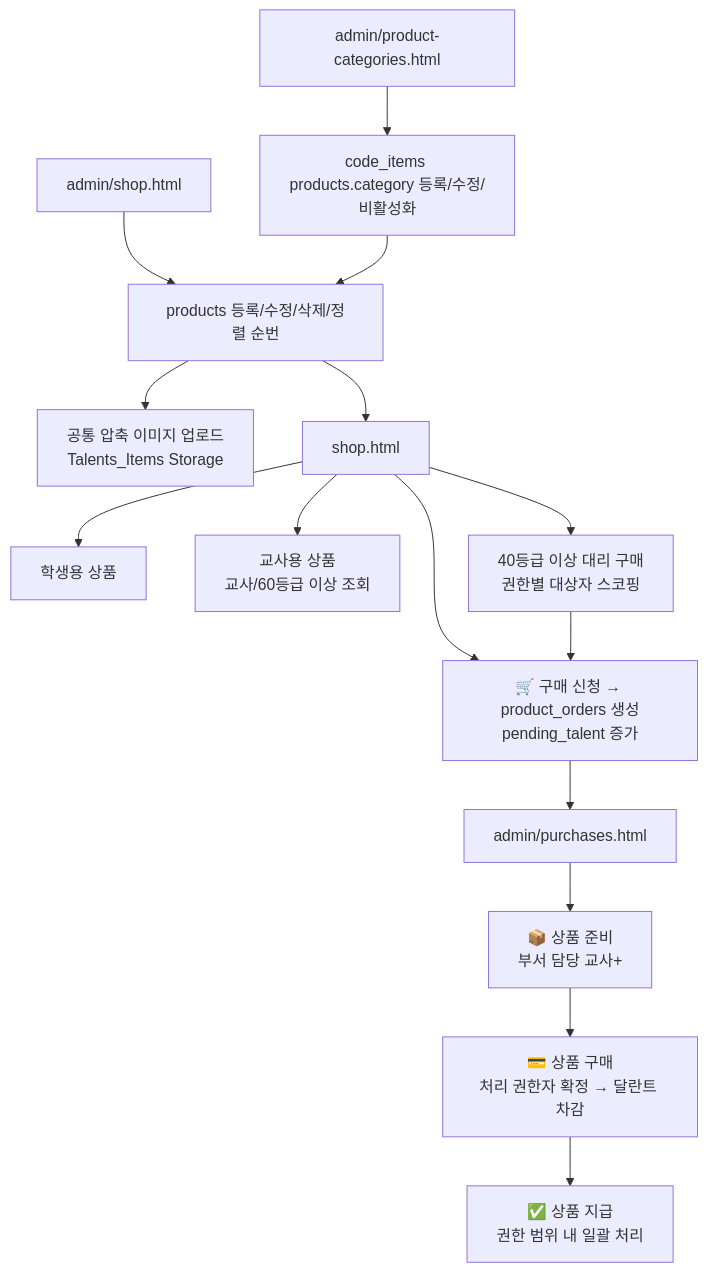
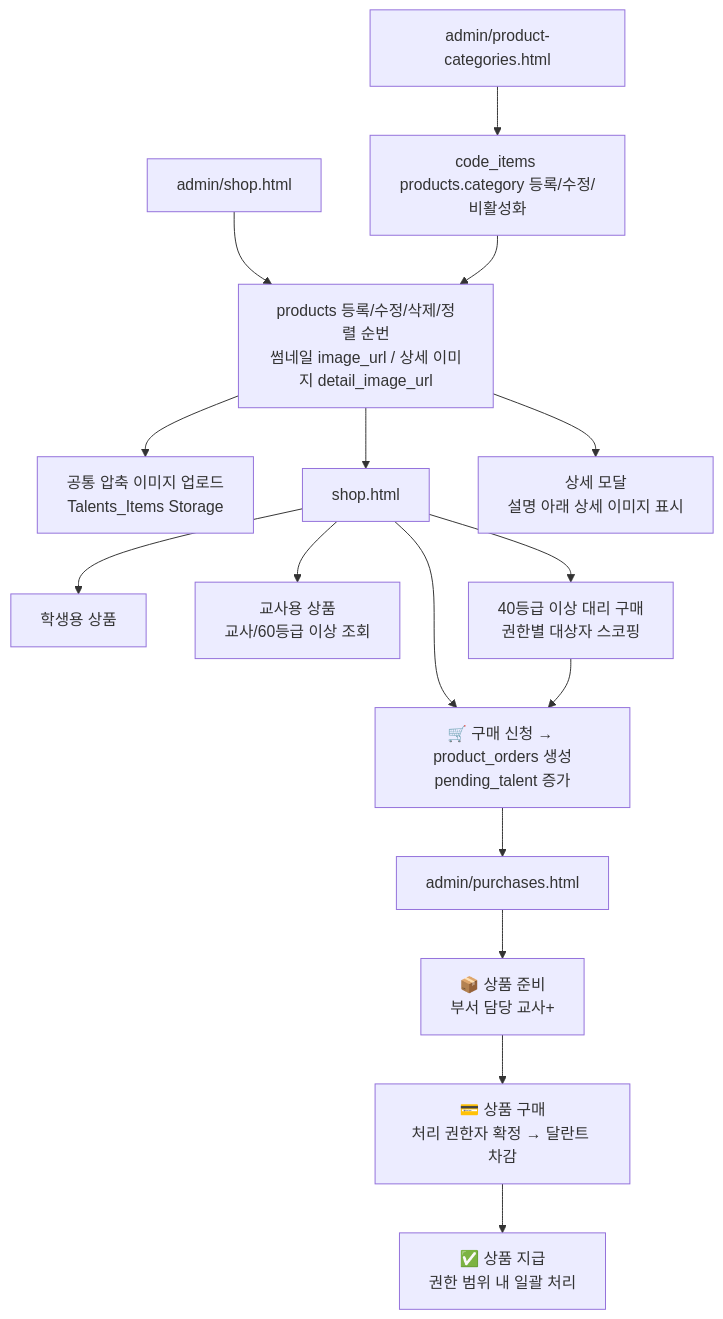
Before and after one commit to CHO-Talents-Test/CHO-Talents-Test: the sixth of 6 diagrams in README.md, drawn with Mermaid. The commit also changed other lines of this file and 32 other files, not shown here.

````diff
--- a/README.md
+++ b/README.md
@@ -730,17 +737,18 @@
 ```mermaid
 flowchart TD
-  AdminShop["admin/shop.html"] --> ProductCRUD["products 등록/수정/삭제/정렬 순번"]
+  AdminShop["admin/shop.html"] --> ProductCRUD["products 등록/수정/삭제/정렬 순번<br/>썸네일 image_url / 상세 이미지 detail_image_url"]
   ProductCategories["admin/product-categories.html"] --> CategoryCRUD["code_items products.category 등록/수정/비활성화"]
   CategoryCRUD --> ProductCRUD
   ProductCRUD --> Storage["공통 압축 이미지 업로드<br/>Talents_Items Storage"]
   ProductCRUD --> PublicShop["shop.html"]
+  ProductCRUD --> DetailImage["상세 모달<br/>설명 아래 상세 이미지 표시"]
   PublicShop --> StudentGoods["학생용 상품"]
   PublicShop --> TeacherGoods["교사용 상품<br/>교사/60등급 이상 조회"]
   PublicShop --> OrderRequest["🛒 구매 신청 → product_orders 생성<br/>pending_talent 증가"]
   PublicShop --> ProxyOrder["40등급 이상 대리 구매<br/>권한별 대상자 스코핑"]
   ProxyOrder --> OrderRequest
   OrderRequest --> PurchaseMgmt["admin/purchases.html"]
   PurchaseMgmt --> Preparing["📦 상품 준비<br/>부서 담당 교사+"]
   Preparing --> Purchased["💳 상품 구매<br/>처리 권한자 확정 → 달란트 차감"]
   Purchased --> Delivered["✅ 상품 지급<br/>권한 범위 내 일괄 처리"]
 ```
````
